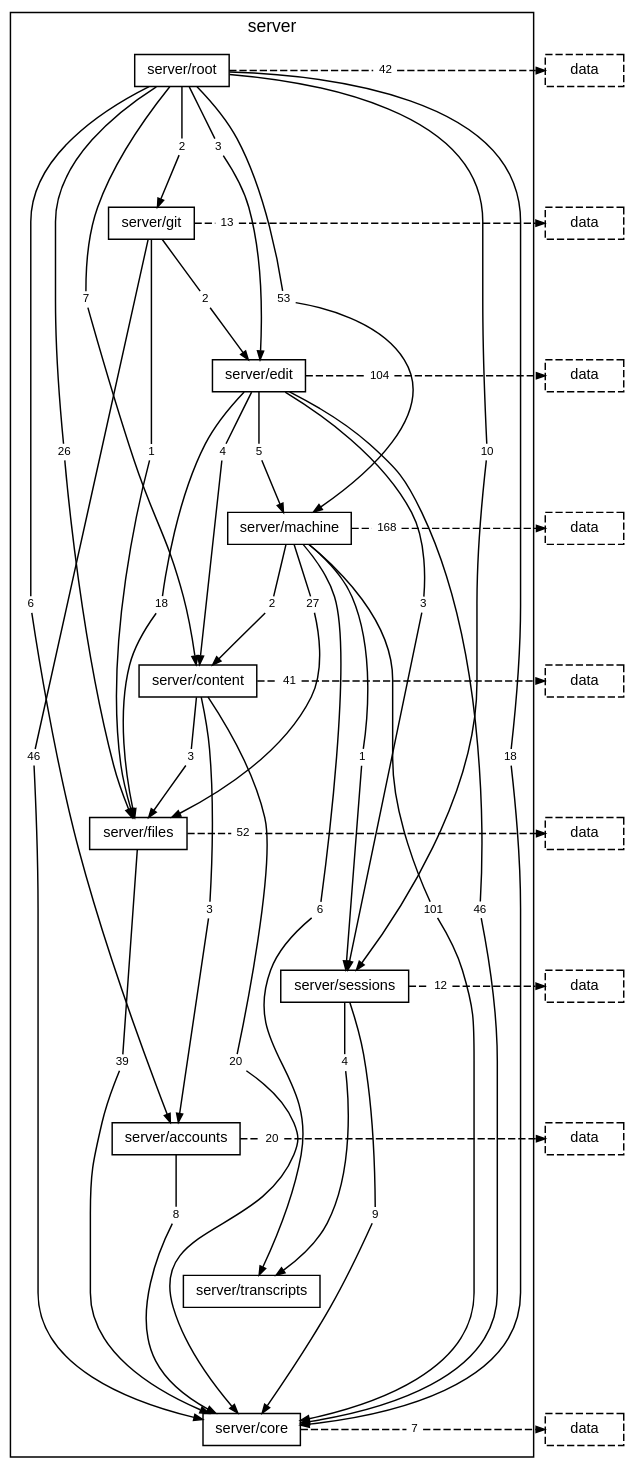
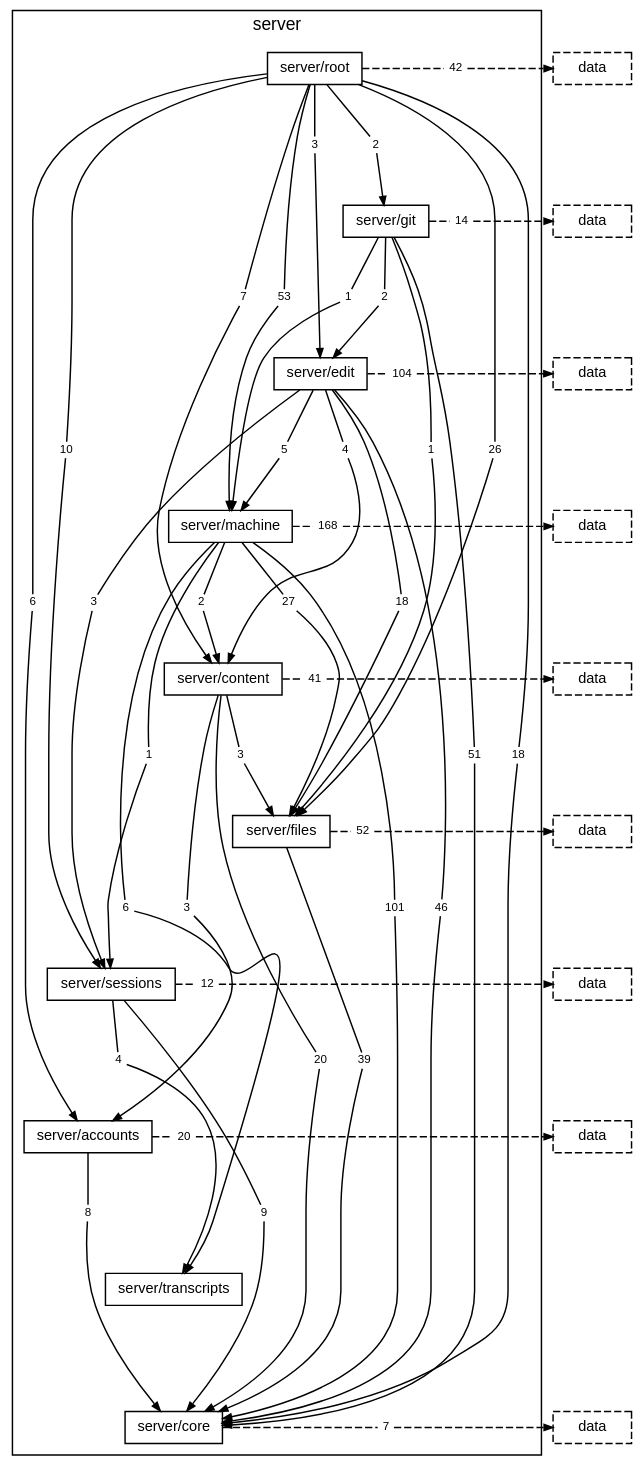
Before and after one commit to TheAxeC/oculus: the diagram in docs/diagrams/layer-server.dot, drawn with Graphviz. The commit also changed 193 other files, not shown here.

```diff
--- a/docs/diagrams/layer-server.dot
+++ b/docs/diagrams/layer-server.dot
@@ -23,10 +23,11 @@
         "folder server/root to folder server/machine" [label="53", shape=box, color="transparent", fontsize=8, width=0, height=0, margin="0.04,0.02"];
         "folder server/root to folder server/sessions" [label="10", shape=box, color="transparent", fontsize=8, width=0, height=0, margin="0.04,0.02"];
         "folder server/root to layer data" [label="42", shape=box, color="transparent", fontsize=8, width=0, height=0, margin="0.04,0.02"];
-        "folder server/git to folder server/core" [label="46", shape=box, color="transparent", fontsize=8, width=0, height=0, margin="0.04,0.02"];
+        "folder server/git to folder server/core" [label="51", shape=box, color="transparent", fontsize=8, width=0, height=0, margin="0.04,0.02"];
         "folder server/git to folder server/edit" [label="2", shape=box, color="transparent", fontsize=8, width=0, height=0, margin="0.04,0.02"];
         "folder server/git to folder server/files" [label="1", shape=box, color="transparent", fontsize=8, width=0, height=0, margin="0.04,0.02"];
-        "folder server/git to layer data" [label="13", shape=box, color="transparent", fontsize=8, width=0, height=0, margin="0.04,0.02"];
+        "folder server/git to folder server/machine" [label="1", shape=box, color="transparent", fontsize=8, width=0, height=0, margin="0.04,0.02"];
+        "folder server/git to layer data" [label="14", shape=box, color="transparent", fontsize=8, width=0, height=0, margin="0.04,0.02"];
         "folder server/edit to folder server/content" [label="4", shape=box, color="transparent", fontsize=8, width=0, height=0, margin="0.04,0.02"];
         "folder server/edit to folder server/core" [label="46", shape=box, color="transparent", fontsize=8, width=0, height=0, margin="0.04,0.02"];
         "folder server/edit to folder server/files" [label="18", shape=box, color="transparent", fontsize=8, width=0, height=0, margin="0.04,0.02"];
@@ -95,6 +96,8 @@
     "folder server/git to folder server/edit" -> "folder server/edit" [];
     "folder server/git" -> "folder server/git to folder server/files" [arrowhead=none, minlen=3, weight=10];
     "folder server/git to folder server/files" -> "folder server/files" [];
+    "folder server/git" -> "folder server/git to folder server/machine" [arrowhead=none, minlen=1, weight=10];
+    "folder server/git to folder server/machine" -> "folder server/machine" [];
     "folder server/git" -> "folder server/git to layer data" [arrowhead=none, style=dashed];
     "folder server/git to layer data" -> "layer data from folder server/git" [style=dashed];
     { rank=same; "folder server/git"; "folder server/git to layer data"; "layer data from folder server/git"; }
```
